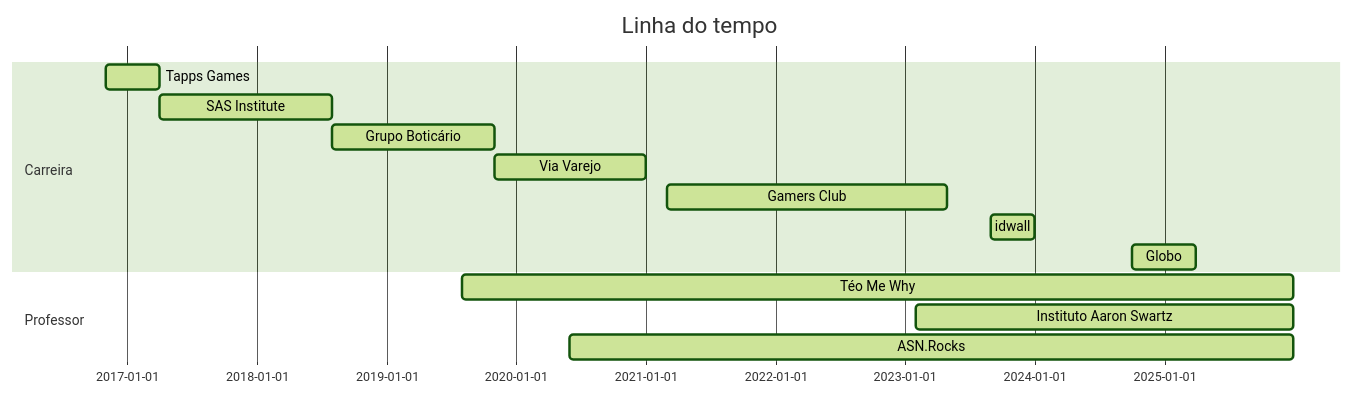
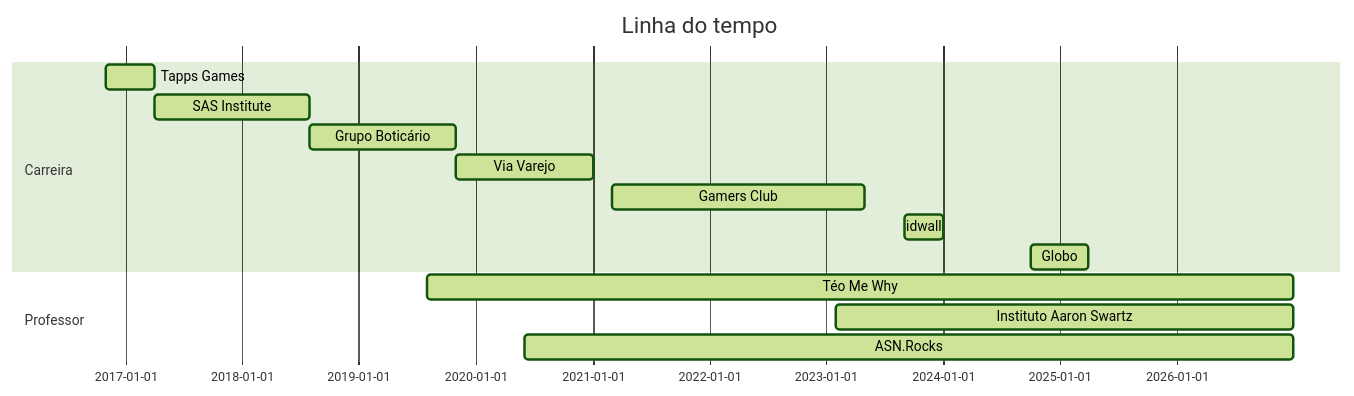
Before and after one commit to TeoCalvo/TeoCalvo: the diagram in README.md, drawn with Mermaid (forest theme).

````diff
--- a/README.md
+++ b/README.md
@@ -6,20 +6,20 @@
 ```mermaid
 
 gantt
 dateFormat  YYYY-MM-DD
 title Linha do tempo
 
 section Carreira
 Tapps Games           :active,, 2016-11-01,2017-04-01
 SAS Institute         :active,, 2017-04-01,2018-08-01
 Grupo Boticário       :active,, 2018-08-01,2019-11-01
 Via Varejo            :active,, 2019-11-01,2021-01-01
 Gamers Club           :active,, 2021-03-01,2023-05-01
 idwall                :active,, 2023-09-01,2023-12-31
 Globo                 :active,, 2024-10-01,2025-04-01
 
 section Professor
-Téo Me Why             :active,, 2019-08-01,2025-12-31
-Instituto Aaron Swartz :active,, 2023-02-01,2025-12-31
-ASN.Rocks              :active,, 2020-06-01,2025-12-31
+Téo Me Why             :active,, 2019-08-01,2026-12-31
+Instituto Aaron Swartz :active,, 2023-02-01,2026-12-31
+ASN.Rocks              :active,, 2020-06-01,2026-12-31
 ```
````
